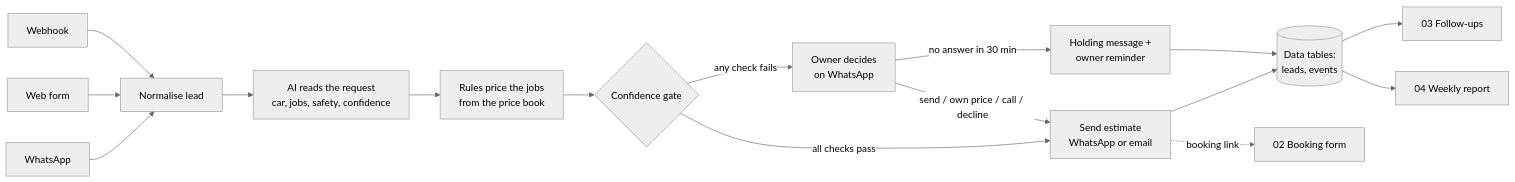
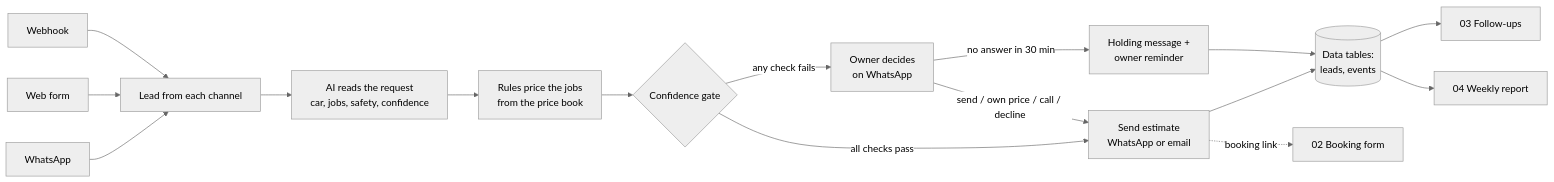
One commit to costasxeras-stack/Garage-quote-agent changed the diagram in README.md. Above: the diagram before and after it, drawn with Mermaid (neutral theme). The commit also changed other lines of this file and 9 other files, not shown here.

````diff
--- a/README.md
+++ b/README.md
@@ -28,18 +28,18 @@
 ```mermaid
 flowchart LR
-  WA[WhatsApp] --> N[Normalise lead]
+  WA[WhatsApp] --> N[Lead from each channel]
   WF[Web form] --> N
   WH[Webhook] --> N
   N --> AI[AI reads the request<br/>car, jobs, safety, confidence]
   AI --> P[Rules price the jobs<br/>from the price book]
   P --> G{Confidence gate}
   G -- all checks pass --> R[Send estimate<br/>WhatsApp or email]
   G -- any check fails --> O[Owner decides<br/>on WhatsApp]
   O -- send / own price / call / decline --> R
   O -- no answer in 30 min --> H[Holding message +<br/>owner reminder]
   R --> D[(Data tables:<br/>leads, events)]
   H --> D
   R -.booking link.-> B[02 Booking form]
   D --> F[03 Follow-ups]
   D --> W[04 Weekly report]
 ```
````
